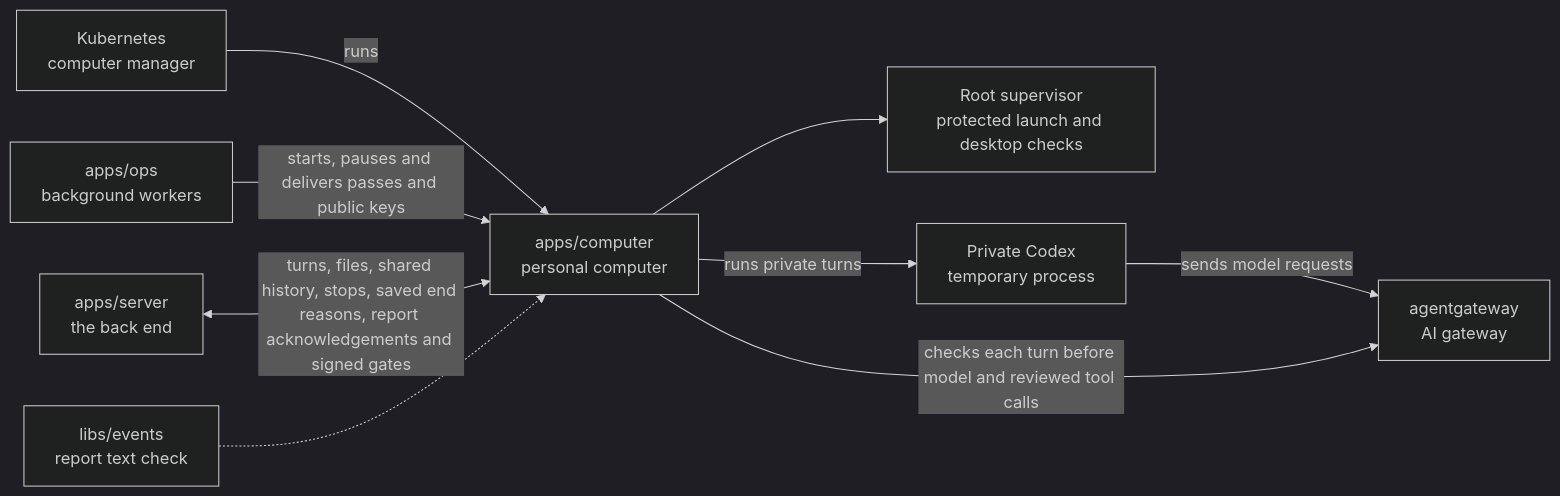
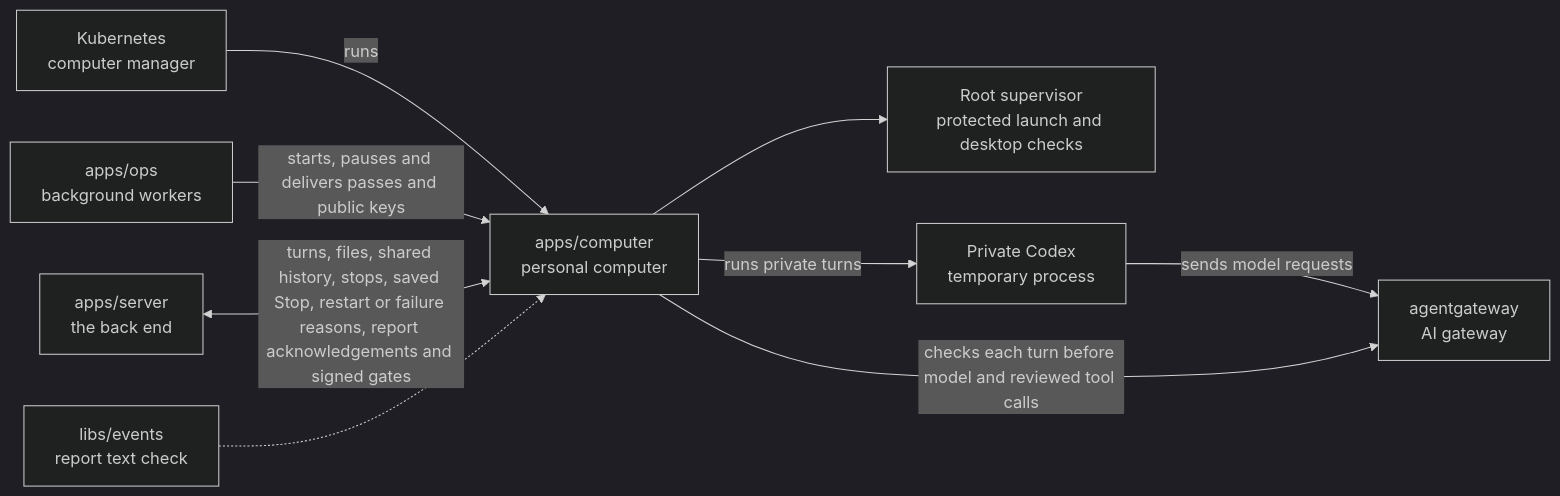
Before and after one commit to elewa-git/opencrane-new: the diagram in apps/computer/README.md, drawn with Mermaid (dark theme). The commit also changed other lines of this file and 11 other files, not shown here.

Commit message:
🐛 Keep bridge restart failures visible after a saved Stop

````diff
--- a/apps/computer/README.md
+++ b/apps/computer/README.md
@@ -22,11 +22,11 @@
 ```mermaid
 flowchart LR
   kube["Kubernetes<br/>computer manager"] -->|runs| computer["apps/computer<br/>personal computer"]
   ops["apps/ops<br/>background workers"] -->|starts, pauses and delivers passes and public keys| computer
-  server["apps/server<br/>the back end"] <-->|turns, files, shared history, stops, saved end reasons, report acknowledgements and signed gates| computer
+  server["apps/server<br/>the back end"] <-->|turns, files, shared history, stops, saved Stop, restart or failure reasons, report acknowledgements and signed gates| computer
   events["libs/events<br/>report text check"] -.-> computer
   computer --> supervisor["Root supervisor<br/>protected launch and desktop checks"]
   computer -->|runs private turns| private["Private Codex<br/>temporary process"]
   private -->|sends model requests| gateway
   computer -->|checks each turn before model and reviewed tool calls| gateway["agentgateway<br/>AI gateway"]
 ```
````
